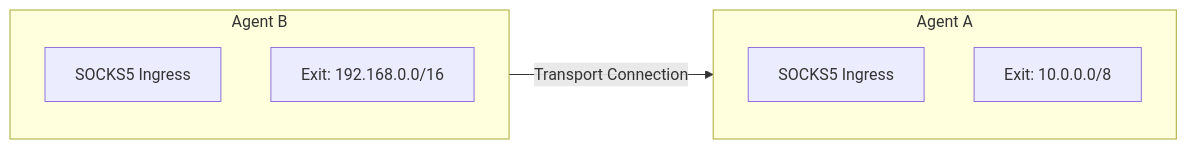
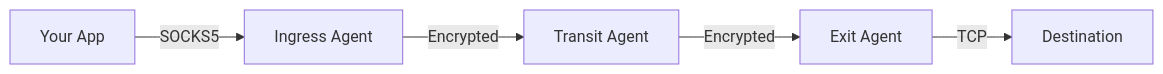
The first of 2 diagrams in docs/docs/concepts/agent-roles.md (postalsys/Muti-Metroo), drawn with Mermaid before and after one commit. The commit also changed other lines of this file and 4 other files, not shown here.

````diff
--- a/docs/docs/concepts/agent-roles.md
+++ b/docs/docs/concepts/agent-roles.md
@@ -317,12 +22,7 @@
 ```mermaid
 flowchart LR
-    subgraph A[Agent A]
-        A_SOCKS[SOCKS5 Ingress]
-        A_Exit[Exit: 10.0.0.0/8]
-    end
-    subgraph B[Agent B]
-        B_SOCKS[SOCKS5 Ingress]
-        B_Exit[Exit: 192.168.0.0/16]
-    end
-    B -->|Transport Connection| A
+    Client[Your App] -->|SOCKS5| Ingress[Ingress Agent]
+    Ingress -->|Encrypted| Transit[Transit Agent]
+    Transit -->|Encrypted| Exit[Exit Agent]
+    Exit -->|TCP| Server[Destination]
 ```
````
